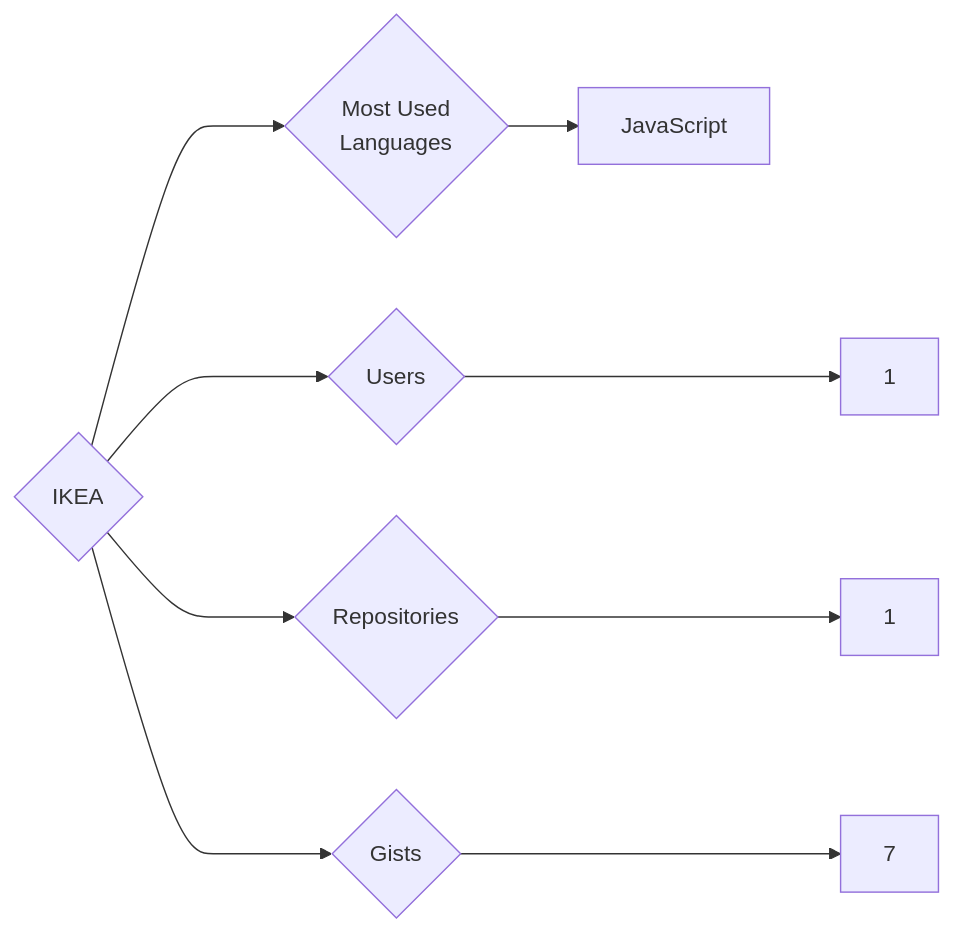
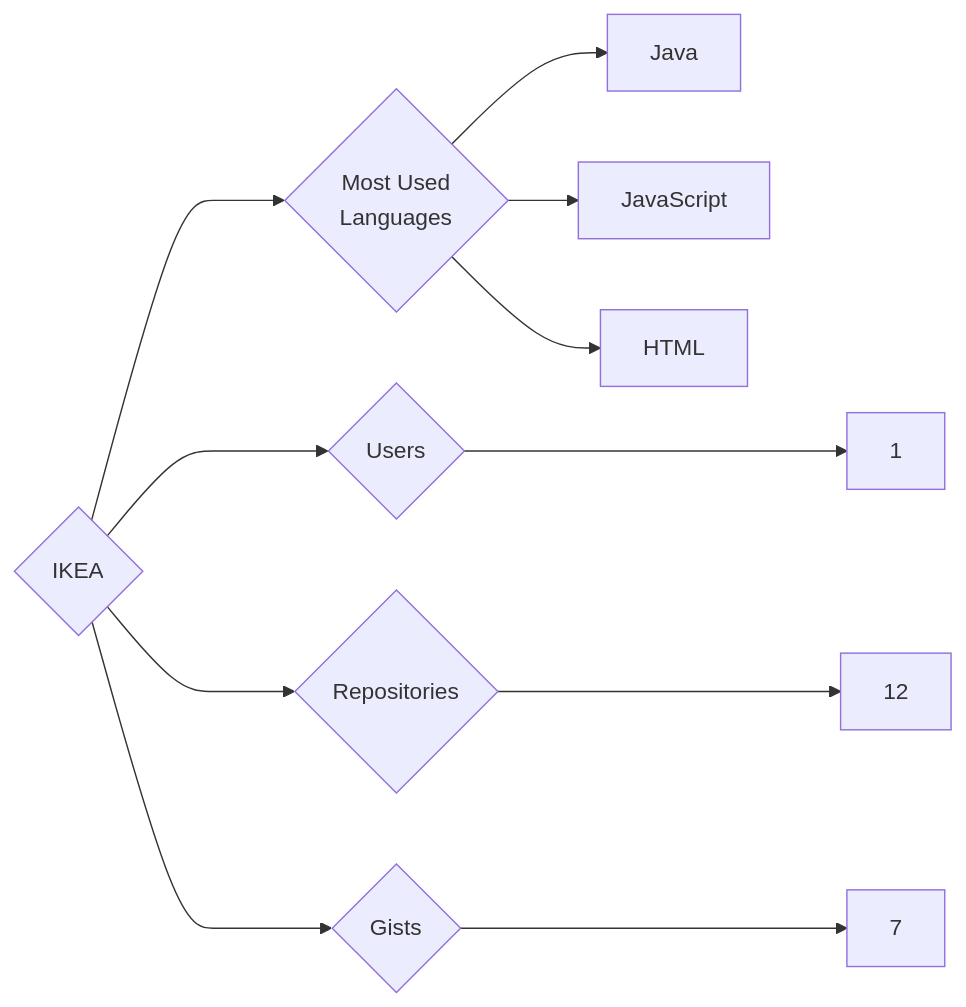
Before and after one commit to trickest/insiders: the diagram in targets/IKEA/README.md, drawn with Mermaid. The commit also changed 1084 other files, not shown here.

````diff
--- a/targets/IKEA/README.md
+++ b/targets/IKEA/README.md
@@ -3,9 +3,11 @@
 ```mermaid
 graph LR
 COMPANY_NAME{IKEA}
 COMPANY_NAME ---> U{Users} ---> UN[1]
-COMPANY_NAME ---> R{Repositories} ---> RN[1]
+COMPANY_NAME ---> R{Repositories} ---> RN[12]
 COMPANY_NAME ---> G{Gists} ---> GN[7]
 COMPANY_NAME ---> ML{Most Used<br>Languages}
+ML --> Java[Java]
 ML --> JavaScript[JavaScript]
+ML --> HTML[HTML]
 ```
````
